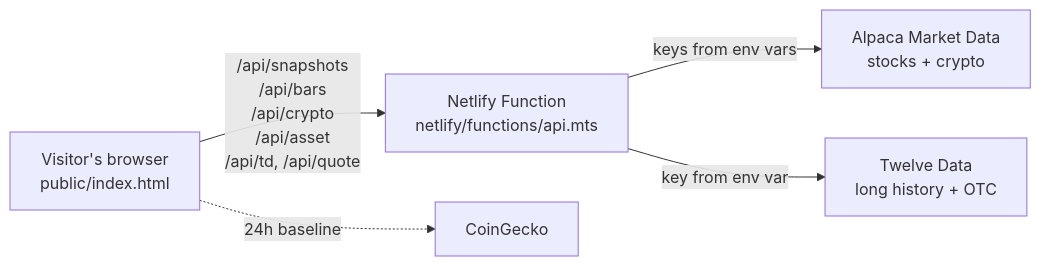
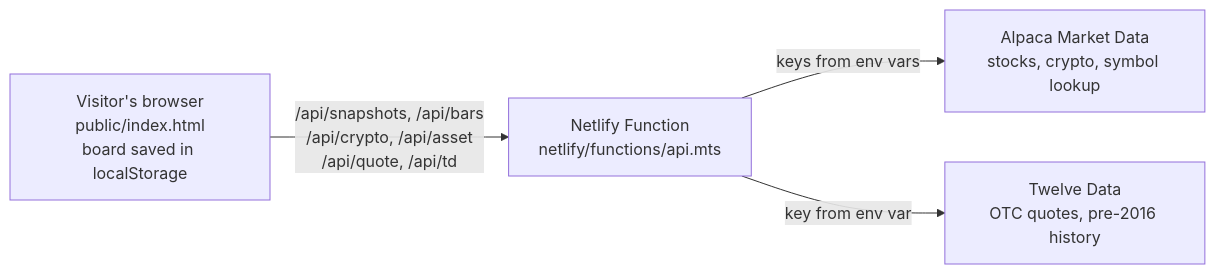
The diagram in README.md (manoharhunt25/STOCK-WATCH), drawn with Mermaid before and after one commit. The commit also changed other lines of this file, not shown here.

````diff
--- a/README.md
+++ b/README.md
@@ -25,7 +28,6 @@
 ```mermaid
 flowchart LR
-    B[Visitor's browser<br/>public/index.html] -->|/api/snapshots<br/>/api/bars<br/>/api/crypto<br/>/api/asset<br/>/api/td, /api/quote| F[Netlify Function<br/>netlify/functions/api.mts]
-    F -->|keys from env vars| A[Alpaca Market Data<br/>stocks + crypto]
-    F -->|key from env var| T[Twelve Data<br/>long history + OTC]
-    B -.->|24h baseline| C[CoinGecko]
+    B[Visitor's browser<br/>public/index.html<br/>board saved in localStorage] -->|/api/snapshots, /api/bars<br/>/api/crypto, /api/asset<br/>/api/quote, /api/td| F[Netlify Function<br/>netlify/functions/api.mts]
+    F -->|keys from env vars| A[Alpaca Market Data<br/>stocks, crypto, symbol lookup]
+    F -->|key from env var| T[Twelve Data<br/>OTC quotes, pre-2016 history]
 ```
````
